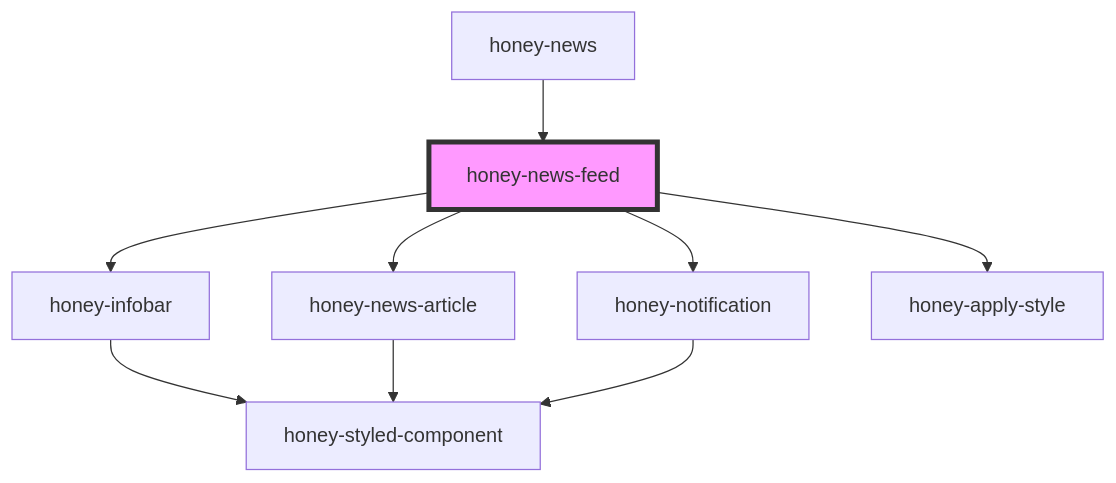
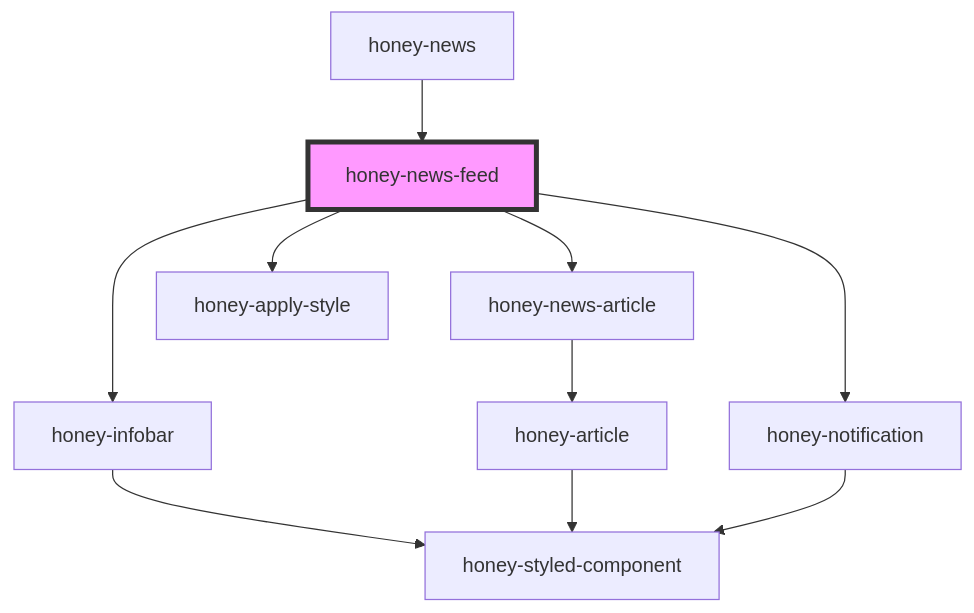
One commit to Huluvu424242/honey-news changed the diagram in src/components/honey-news/news/readme.md. Above: the diagram before and after it, drawn with Mermaid. The commit also changed 18 other files, not shown here.

````diff
--- a/src/components/honey-news/news/readme.md
+++ b/src/components/honey-news/news/readme.md
@@ -43,12 +43,13 @@
 ```mermaid
 graph TD;
   honey-news-feed --> honey-infobar
   honey-news-feed --> honey-news-article
   honey-news-feed --> honey-notification
   honey-news-feed --> honey-apply-style
   honey-infobar --> honey-styled-component
-  honey-news-article --> honey-styled-component
+  honey-news-article --> honey-article
+  honey-article --> honey-styled-component
   honey-notification --> honey-styled-component
   honey-news --> honey-news-feed
   style honey-news-feed fill:#f9f,stroke:#333,stroke-width:4px
 ```
````
